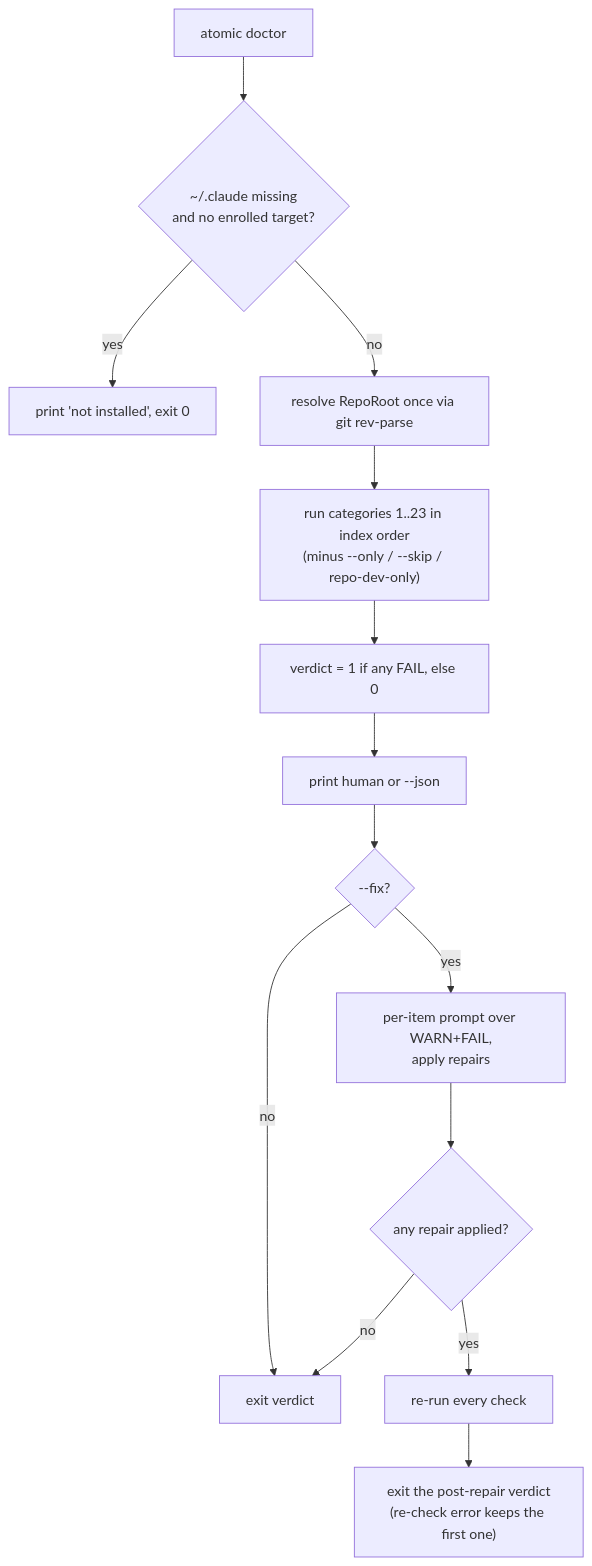
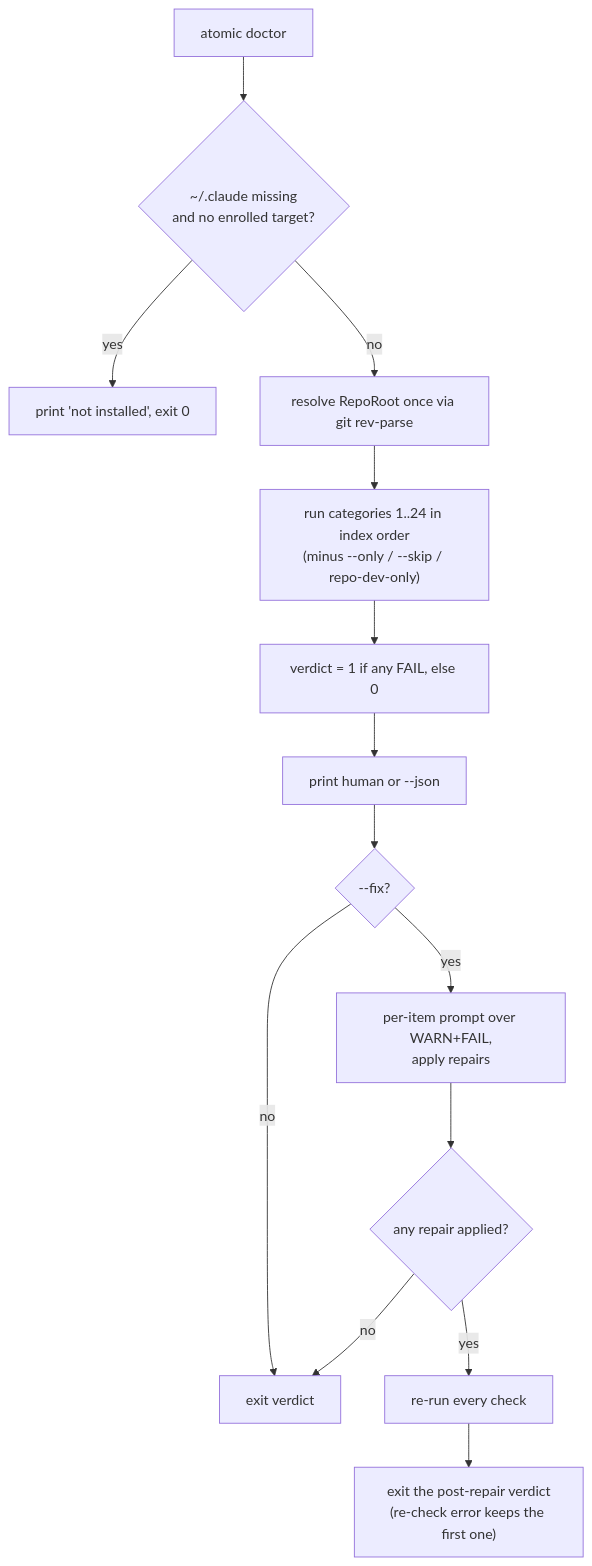
Before and after one commit to damusix/atomic-claude: the diagram in docs/wiki/doctor.md, drawn with Mermaid. The commit also changed other lines of this file and 25 other files, not shown here.

````diff
--- a/docs/wiki/doctor.md
+++ b/docs/wiki/doctor.md
@@ -19,16 +19,16 @@
 ```mermaid
 flowchart TD
     A["atomic doctor"] --> B{"~/.claude missing<br/>and no enrolled target?"}
     B -->|yes| C["print 'not installed', exit 0"]
     B -->|no| D["resolve RepoRoot once via git rev-parse"]
-    D --> E["run categories 1..23 in index order<br/>(minus --only / --skip / repo-dev-only)"]
+    D --> E["run categories 1..24 in index order<br/>(minus --only / --skip / repo-dev-only)"]
     E --> F["verdict = 1 if any FAIL, else 0"]
     F --> G["print human or --json"]
     G --> H{"--fix?"}
     H -->|no| J["exit verdict"]
     H -->|yes| I["per-item prompt over WARN+FAIL,<br/>apply repairs"]
     I --> K{"any repair applied?"}
     K -->|no| J
     K -->|yes| L["re-run every check"]
     L --> M["exit the post-repair verdict<br/>(re-check error keeps the first one)"]
 ```
````
